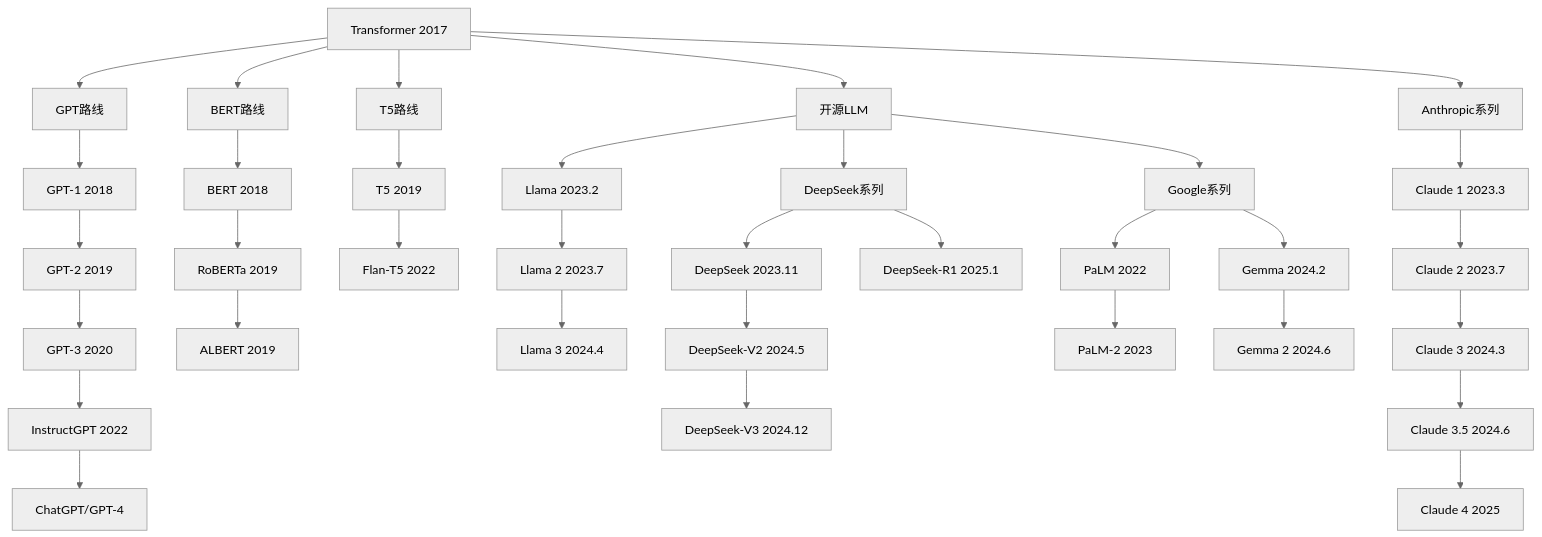
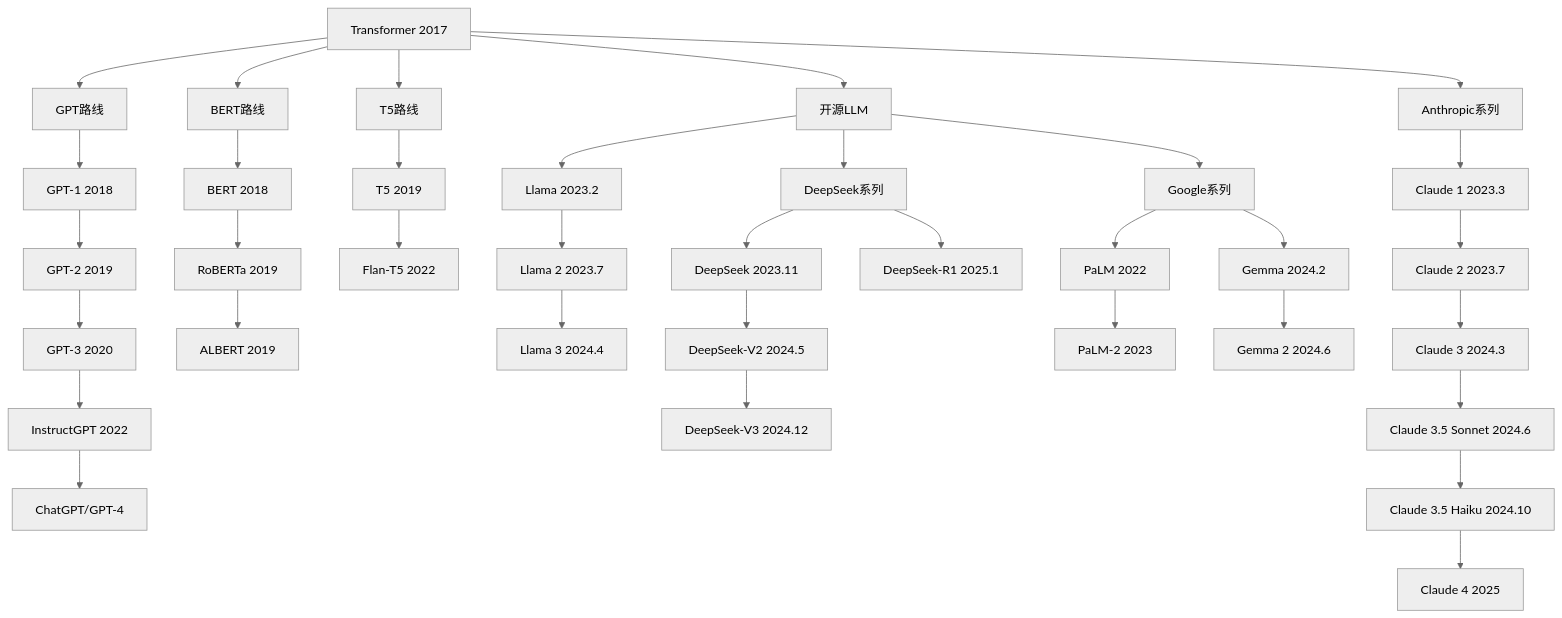
The fifth of 20 diagrams in 00_overview/README.md (kyksj-1/LLM-from-0), drawn with Mermaid (neutral theme) before and after one commit. The commit also changed other lines of this file and 1 other file, not shown here.

First line of the commit message:
feat(00_overview): 增强序章内容(章节定位图/模块依赖图/产业全景/未来趋势)

````diff
--- a/00_overview/README.md
+++ b/00_overview/README.md
@@ -188,43 +252,44 @@
 ```mermaid
 graph TD
     A[Transformer 2017] --> B[GPT路线]
     A --> C[BERT路线]
     A --> D[T5路线]
     
     B --> B1[GPT-1 2018]
     B1 --> B2[GPT-2 2019]
     B2 --> B3[GPT-3 2020]
     B3 --> B4[InstructGPT 2022]
     B4 --> B5[ChatGPT/GPT-4]
     
     C --> C1[BERT 2018]
     C1 --> C2[RoBERTa 2019]
     C2 --> C3[ALBERT 2019]
     
     D --> D1[T5 2019]
     D1 --> D2[Flan-T5 2022]
     
     A --> E[开源LLM]
     E --> E1[Llama 2023.2]
     E1 --> E2[Llama 2 2023.7]
     E2 --> E3[Llama 3 2024.4]
     
     E --> F[DeepSeek系列]
     F --> F1[DeepSeek 2023.11]
     F1 --> F2[DeepSeek-V2 2024.5]
     F2 --> F3[DeepSeek-V3 2024.12]
     F --> F4[DeepSeek-R1 2025.1]
     
     E --> G[Google系列]
     G --> G1[PaLM 2022]
     G1 --> G2[PaLM-2 2023]
     G --> G3[Gemma 2024.2]
     G3 --> G4[Gemma 2 2024.6]
 
     A --> H[Anthropic系列]
     H --> H1[Claude 1 2023.3]
     H1 --> H2[Claude 2 2023.7]
     H2 --> H3[Claude 3 2024.3]
-    H3 --> H4[Claude 3.5 2024.6]
-    H4 --> H5[Claude 4 2025]
+    H3 --> H4[Claude 3.5 Sonnet 2024.6]
+    H4 --> H5[Claude 3.5 Haiku 2024.10]
+    H5 --> H6[Claude 4 2025]
 ```
````
